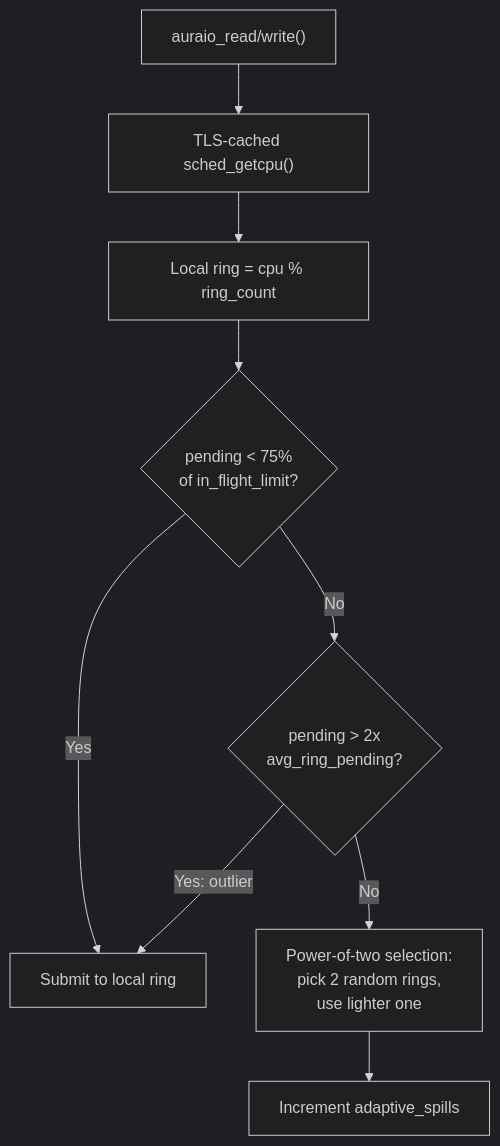
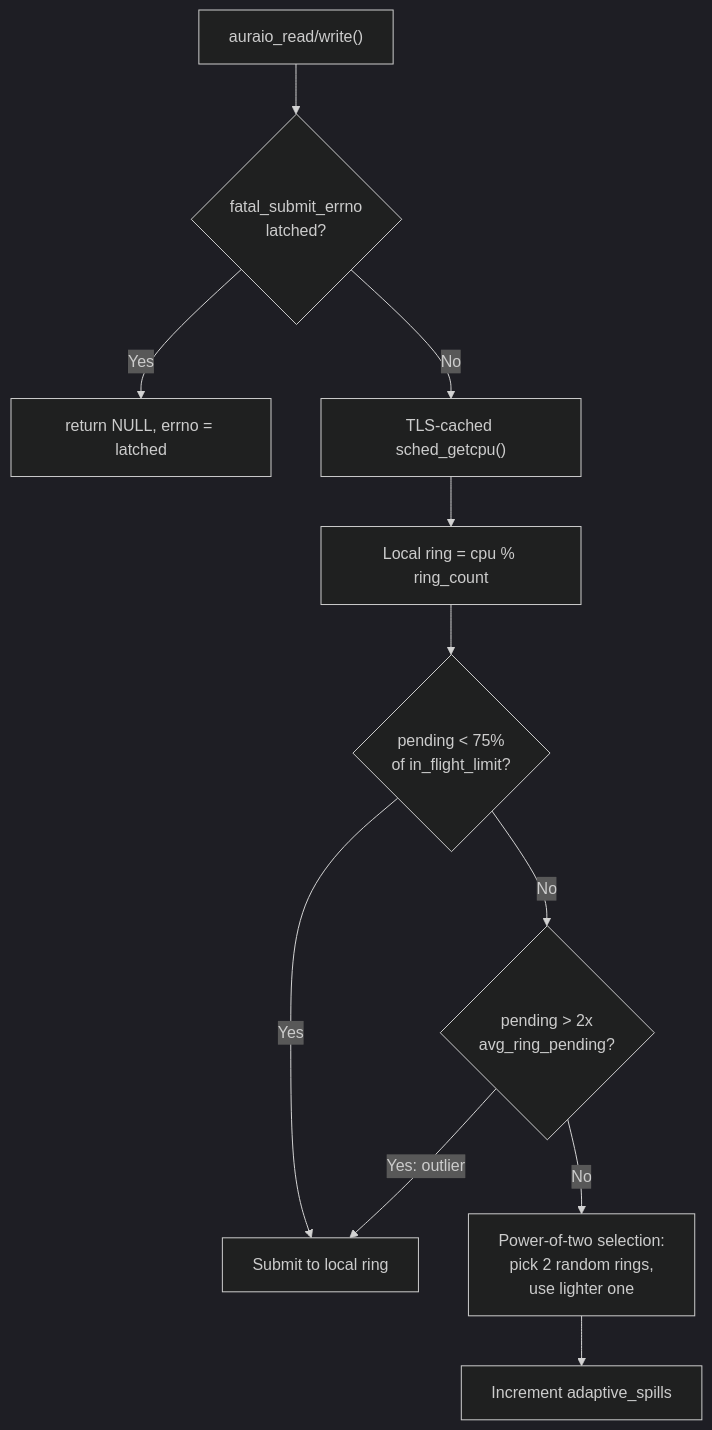
Before and after one commit to Par-B/AuraIO: the fifth of 5 diagrams in docs/CODEBASE_MAP.md, drawn with Mermaid (dark theme). The commit also changed other lines of this file and 3 other files, not shown here.

````diff
--- a/docs/CODEBASE_MAP.md
+++ b/docs/CODEBASE_MAP.md
@@ -689,17 +746,21 @@
 ```mermaid
 flowchart TD
     Submit["auraio_read/write()"]
+    Fatal{"fatal_submit_errno\nlatched?"}
+    Fail["return NULL, errno = latched"]
     CPU["TLS-cached sched_getcpu()"]
     Local["Local ring = cpu % ring_count"]
     Gate1{"pending < 75%\nof in_flight_limit?"}
     Gate2{"pending > 2x\navg_ring_pending?"}
     Stay["Submit to local ring"]
     Spill["Power-of-two selection:\npick 2 random rings,\nuse lighter one"]
     Incr["Increment adaptive_spills"]
 
-    Submit --> CPU --> Local --> Gate1
+    Submit --> Fatal
+    Fatal -->|Yes| Fail
+    Fatal -->|No| CPU --> Local --> Gate1
     Gate1 -->|Yes| Stay
     Gate1 -->|No| Gate2
     Gate2 -->|Yes: outlier| Stay
     Gate2 -->|No| Spill --> Incr
 ```
````
